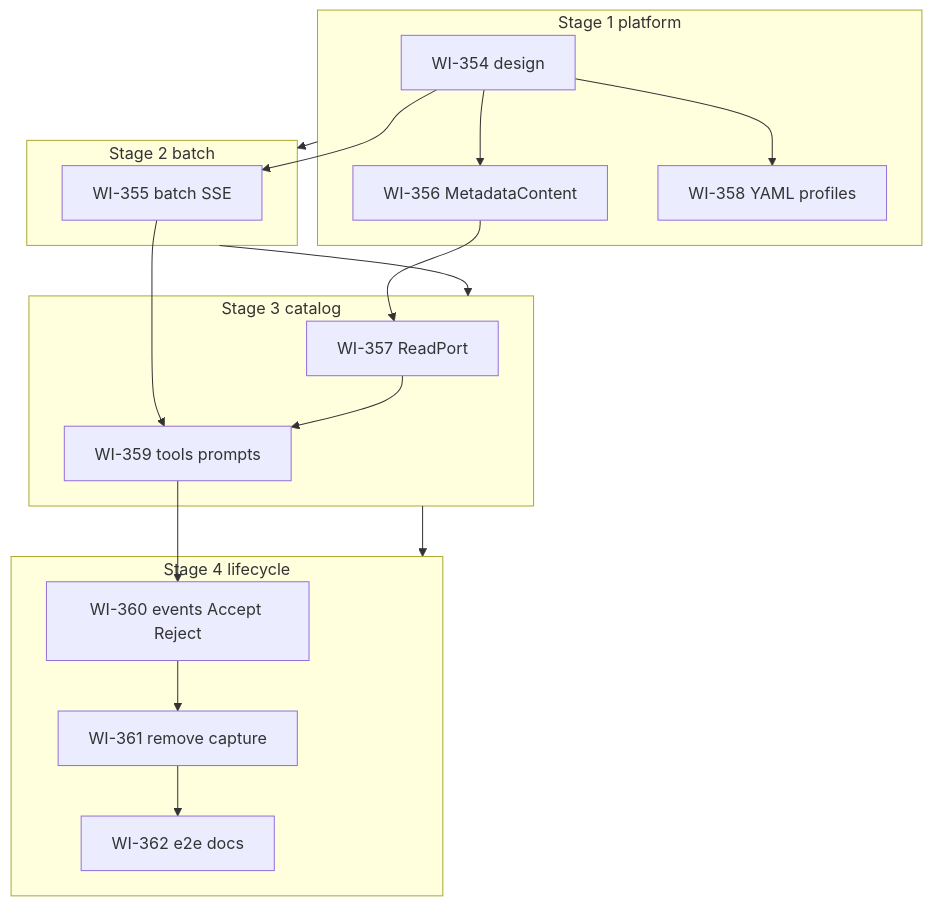
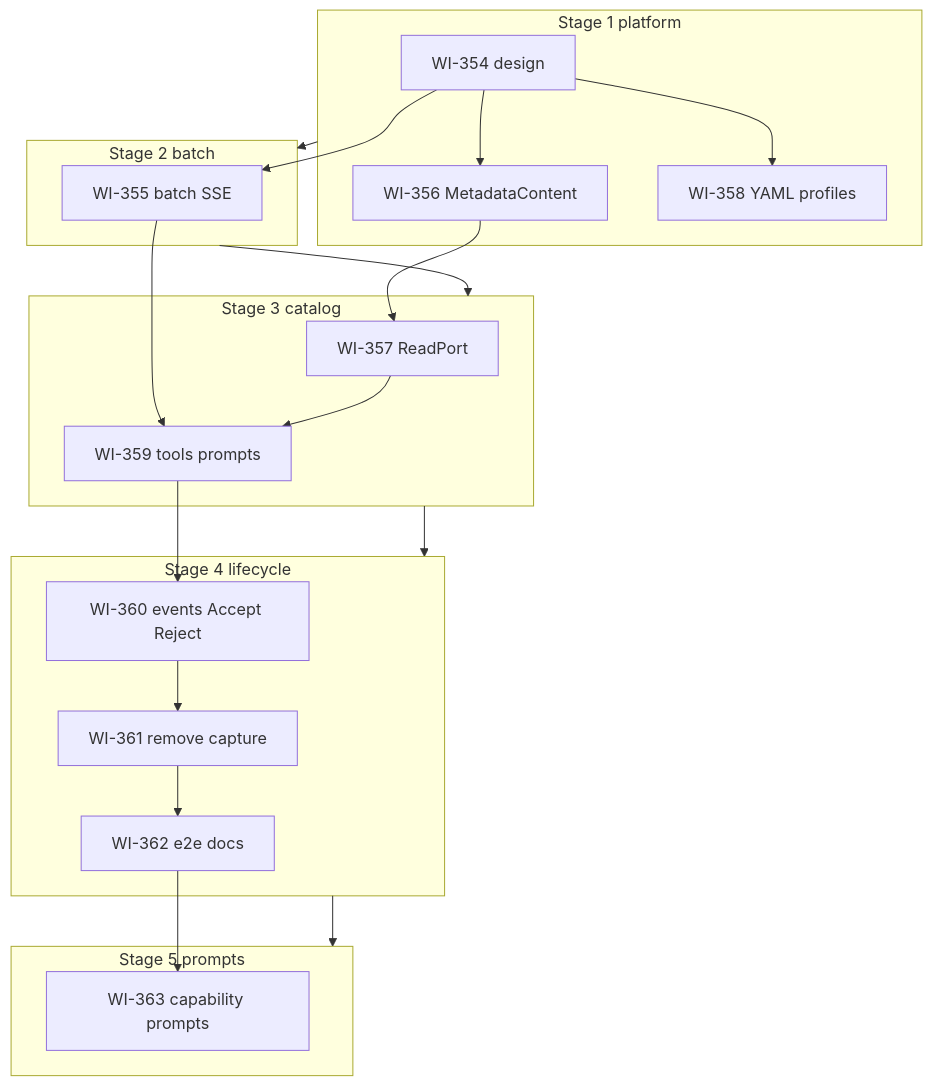
Before and after one commit to qpointz/qpointz: the first of 2 diagrams in docs/workitems/in-progress/metadata-authoring-profiles/PLAN.md, drawn with Mermaid. The commit also changed other lines of this file and 4 other files, not shown here.

````diff
--- a/docs/workitems/in-progress/metadata-authoring-profiles/PLAN.md
+++ b/docs/workitems/in-progress/metadata-authoring-profiles/PLAN.md
@@ -28,30 +29,34 @@
 ```mermaid
 flowchart TB
   subgraph s1 [Stage 1 platform]
     WI354[WI-354 design]
     WI356[WI-356 MetadataContent]
     WI358[WI-358 YAML profiles]
     WI354 --> WI356
     WI354 --> WI358
   end
   subgraph s2 [Stage 2 batch]
     WI355[WI-355 batch SSE]
     WI354 --> WI355
   end
   subgraph s3 [Stage 3 catalog]
     WI357[WI-357 ReadPort]
     WI359[WI-359 tools prompts]
     WI356 --> WI357
     WI355 --> WI359
     WI357 --> WI359
   end
   subgraph s4 [Stage 4 lifecycle]
     WI360[WI-360 events Accept Reject]
     WI361[WI-361 remove capture]
     WI362[WI-362 e2e docs]
     WI359 --> WI360
     WI360 --> WI361
     WI361 --> WI362
   end
-  s1 --> s2 --> s3 --> s4
+  subgraph s5 [Stage 5 prompts]
+    WI363[WI-363 capability prompts]
+    WI362 --> WI363
+  end
+  s1 --> s2 --> s3 --> s4 --> s5
 ```
````
